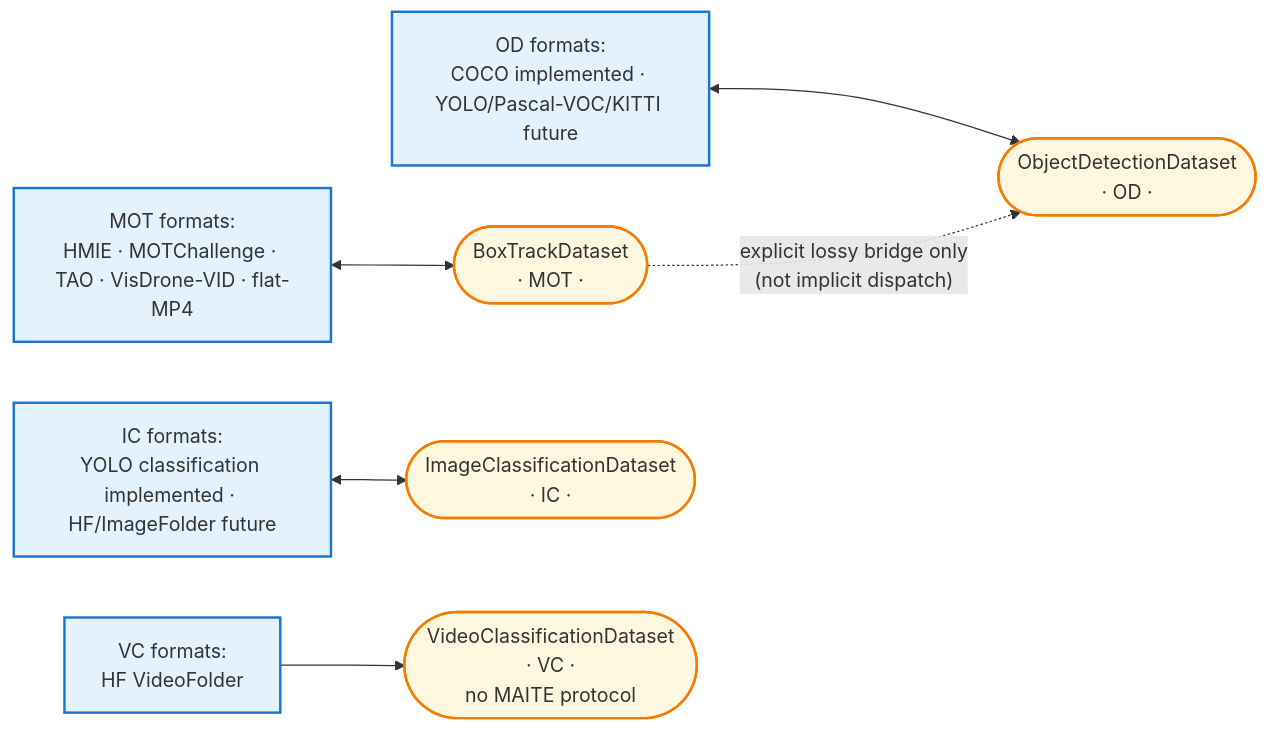
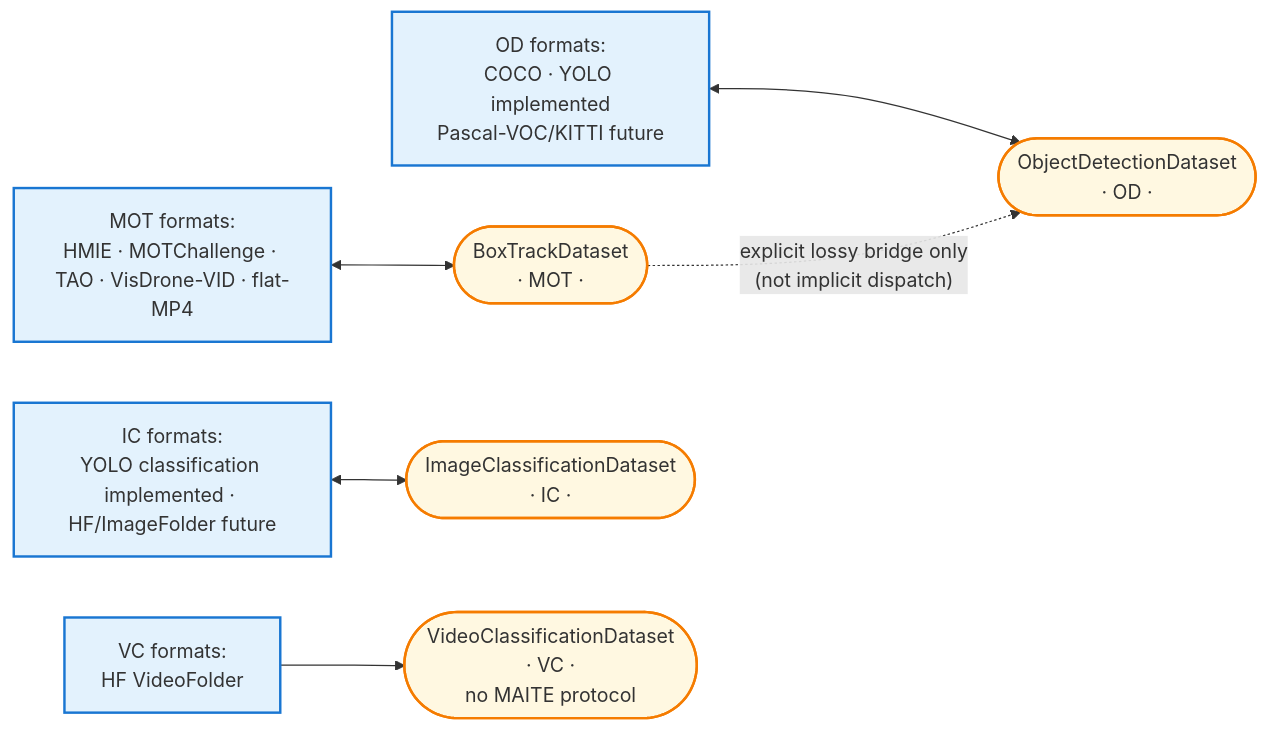
Before and after one commit to openteams-ai/datamaite: the tenth of 10 diagrams in docs/architecture.md, drawn with Mermaid. The commit also changed other lines of this file and 18 other files, not shown here.

Commit message:
Add YOLO object detection support

````diff
--- a/docs/architecture.md
+++ b/docs/architecture.md
@@ -976,13 +991,13 @@
 ```mermaid
 flowchart LR
     fM["MOT formats:<br/>HMIE · MOTChallenge · TAO · VisDrone-VID · flat-MP4"] <--> IRM(["BoxTrackDataset<br/>· MOT ·"])
-    fO["OD formats:<br/>COCO implemented · YOLO/Pascal-VOC/KITTI future"] <--> IRO(["ObjectDetectionDataset<br/>· OD ·"])
+    fO["OD formats:<br/>COCO · YOLO implemented<br/>Pascal-VOC/KITTI future"] <--> IRO(["ObjectDetectionDataset<br/>· OD ·"])
     fI["IC formats:<br/>YOLO classification implemented · HF/ImageFolder future"] <--> IRI(["ImageClassificationDataset<br/>· IC ·"])
     fV["VC formats:<br/>HF VideoFolder"] --> IRV(["VideoClassificationDataset<br/>· VC ·<br/>no MAITE protocol"])
     IRM -. "explicit lossy bridge only<br/>(not implicit dispatch)" .-> IRO
 
     classDef ir fill:#fff8e1,stroke:#f57c00,stroke-width:2px;
     classDef fmt fill:#e3f2fd,stroke:#1976d2,stroke-width:2px;
     class IRM,IRO,IRI,IRV ir;
     class fM,fO,fI,fV fmt;
 ```
````
